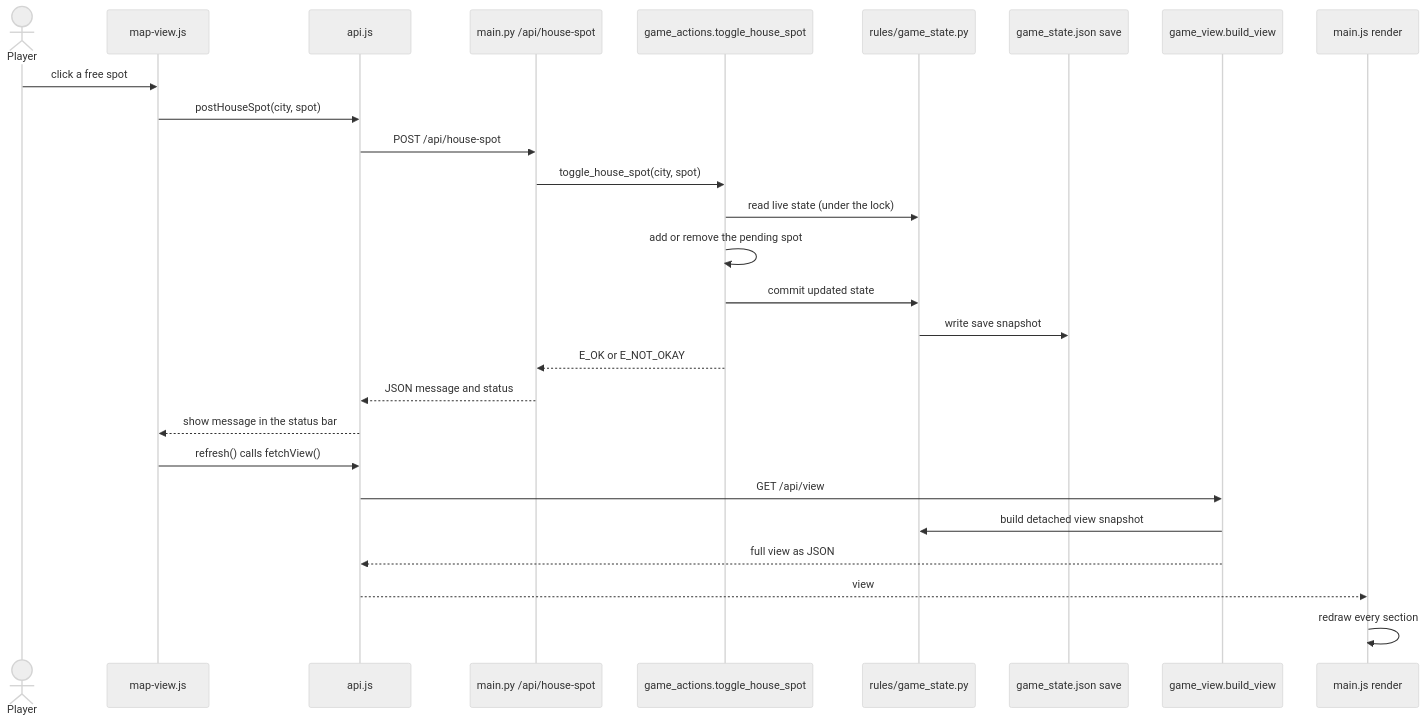
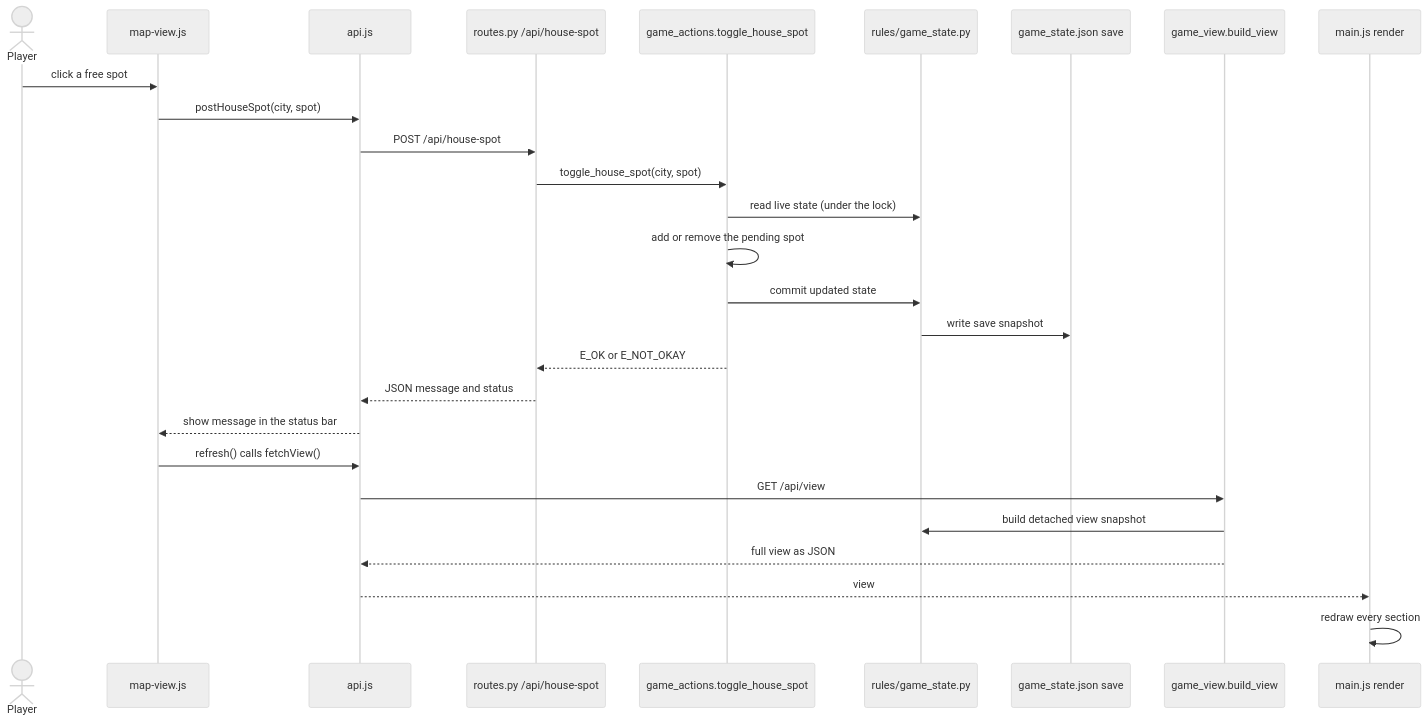
Before and after one commit to runnindrk/power-grid: the diagram in docs/diagrams/04-click-house-spot.md, drawn with Mermaid (neutral theme). The commit also changed 39 other files, not shown here.

````diff
--- a/docs/diagrams/04-click-house-spot.md
+++ b/docs/diagrams/04-click-house-spot.md
@@ -5,30 +5,30 @@
 ```mermaid
 sequenceDiagram
     actor Player
     participant Map as map-view.js
     participant Api as api.js
-    participant Route as main.py /api/house-spot
+    participant Route as routes.py /api/house-spot
     participant Actions as game_actions.toggle_house_spot
     participant State as rules/game_state.py
     participant Save as game_state.json save
     participant View as game_view.build_view
     participant Page as main.js render
 
     Player->>Map: click a free spot
     Map->>Api: postHouseSpot(city, spot)
     Api->>Route: POST /api/house-spot
     Route->>Actions: toggle_house_spot(city, spot)
     Actions->>State: read live state (under the lock)
     Actions->>Actions: add or remove the pending spot
     Actions->>State: commit updated state
     State->>Save: write save snapshot
     Actions-->>Route: E_OK or E_NOT_OKAY
     Route-->>Api: JSON message and status
     Api-->>Map: show message in the status bar
     Map->>Api: refresh() calls fetchView()
     Api->>View: GET /api/view
     View->>State: build detached view snapshot
     View-->>Api: full view as JSON
     Api-->>Page: view
     Page->>Page: redraw every section
 ```
````
